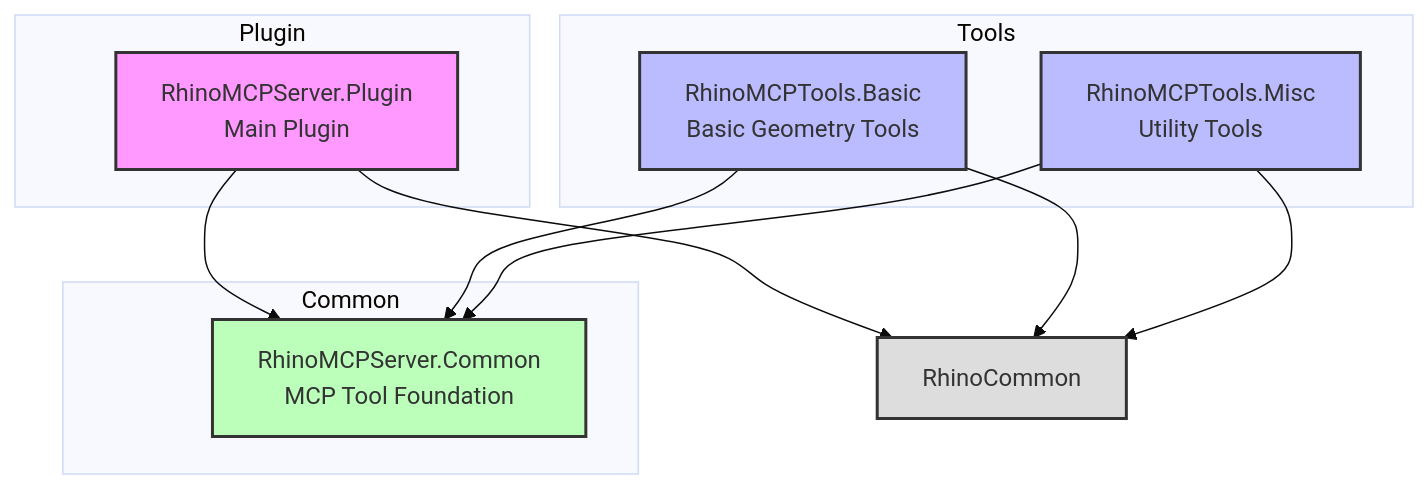
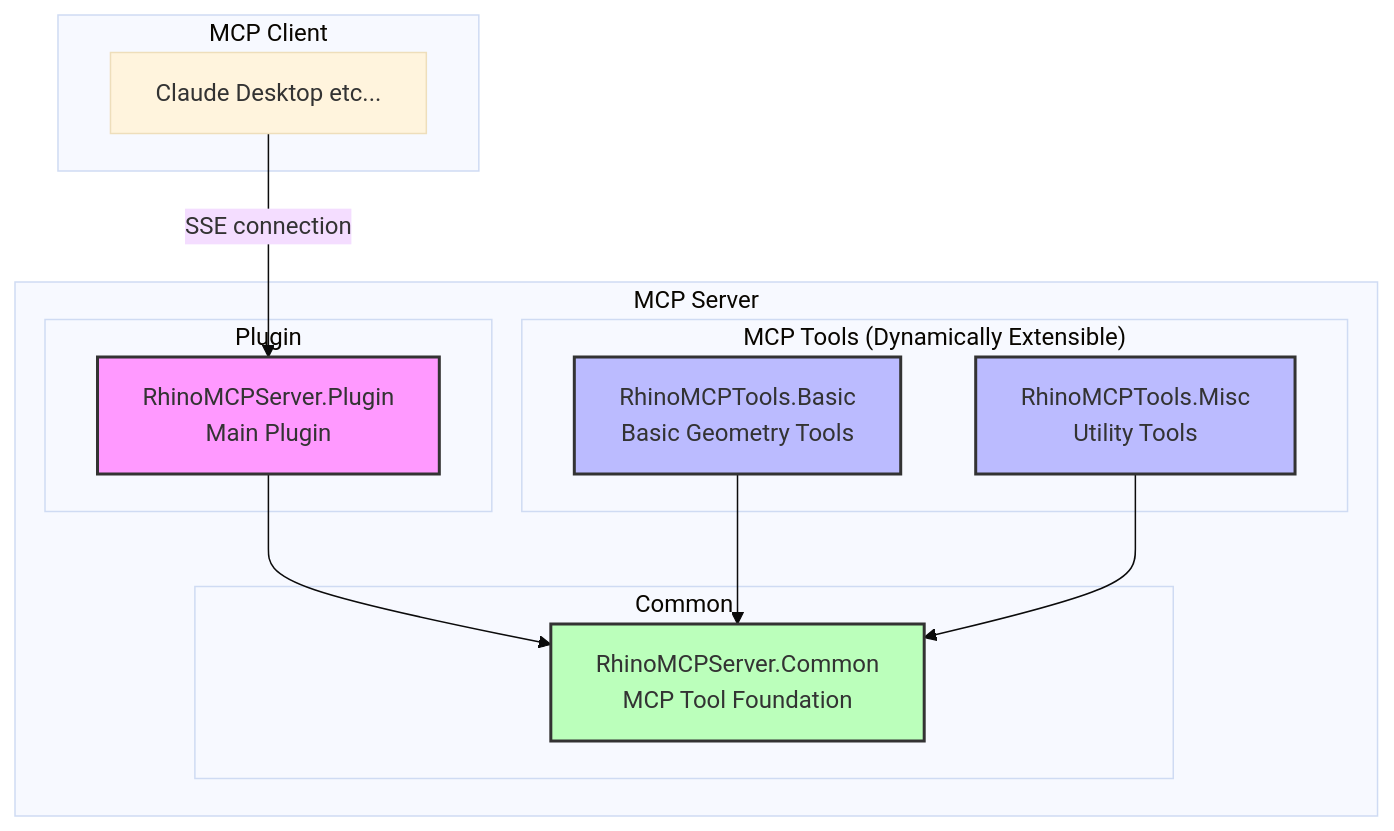
One commit to 4kk11/RhinoMCPServer changed the diagram in README.md. Above: the diagram before and after it, drawn with Mermaid (base theme). The commit also changed other lines of this file and 1 other file, not shown here.

Commit message:
Update: README

````diff
--- a/README.md
+++ b/README.md
@@ -18,34 +18,35 @@
 ```mermaid
 graph TB
-    subgraph Plugin
-        A[RhinoMCPServer.Plugin<br>Main Plugin]
+    subgraph MCP Client
+      X[Claude Desktop etc...]
     end
 
-    subgraph Common
-        B[RhinoMCPServer.Common<br>MCP Tool Foundation]
+    subgraph MCP Server
+      subgraph Plugin
+          A[RhinoMCPServer.Plugin<br>Main Plugin]
+      end
+
+      subgraph Common
+          B[RhinoMCPServer.Common<br>MCP Tool Foundation]
+      end
+
+      subgraph "MCP Tools (Dynamically Extensible)"
+          C[RhinoMCPTools.Basic<br>Basic Geometry Tools]
+          D[RhinoMCPTools.Misc<br>Utility Tools]
+      end
     end
 
-    subgraph Tools
-        C[RhinoMCPTools.Basic<br>Basic Geometry Tools]
-        D[RhinoMCPTools.Misc<br>Utility Tools]
-    end
-
-    R[RhinoCommon]
 
     A --> B
     C --> B
     D --> B
-    A --> R
-    C --> R
-    D --> R
+    X -->|"SSE connection"| A
 
     classDef plugin fill:#f9f,stroke:#333,stroke-width:2px;
     classDef common fill:#bfb,stroke:#333,stroke-width:2px;
     classDef tools fill:#bbf,stroke:#333,stroke-width:2px;
-    classDef rhino fill:#ddd,stroke:#333,stroke-width:2px;
 
     class A plugin;
     class B common;
     class C,D tools;
-    class R rhino;
 ```
````
